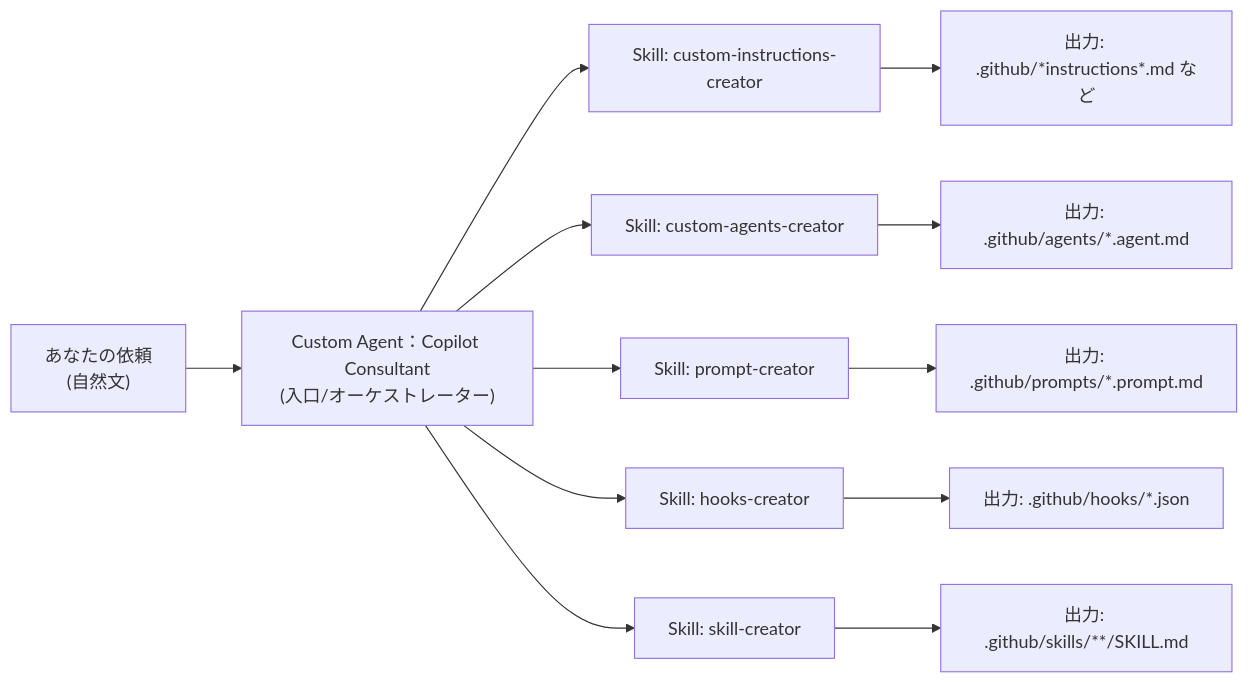
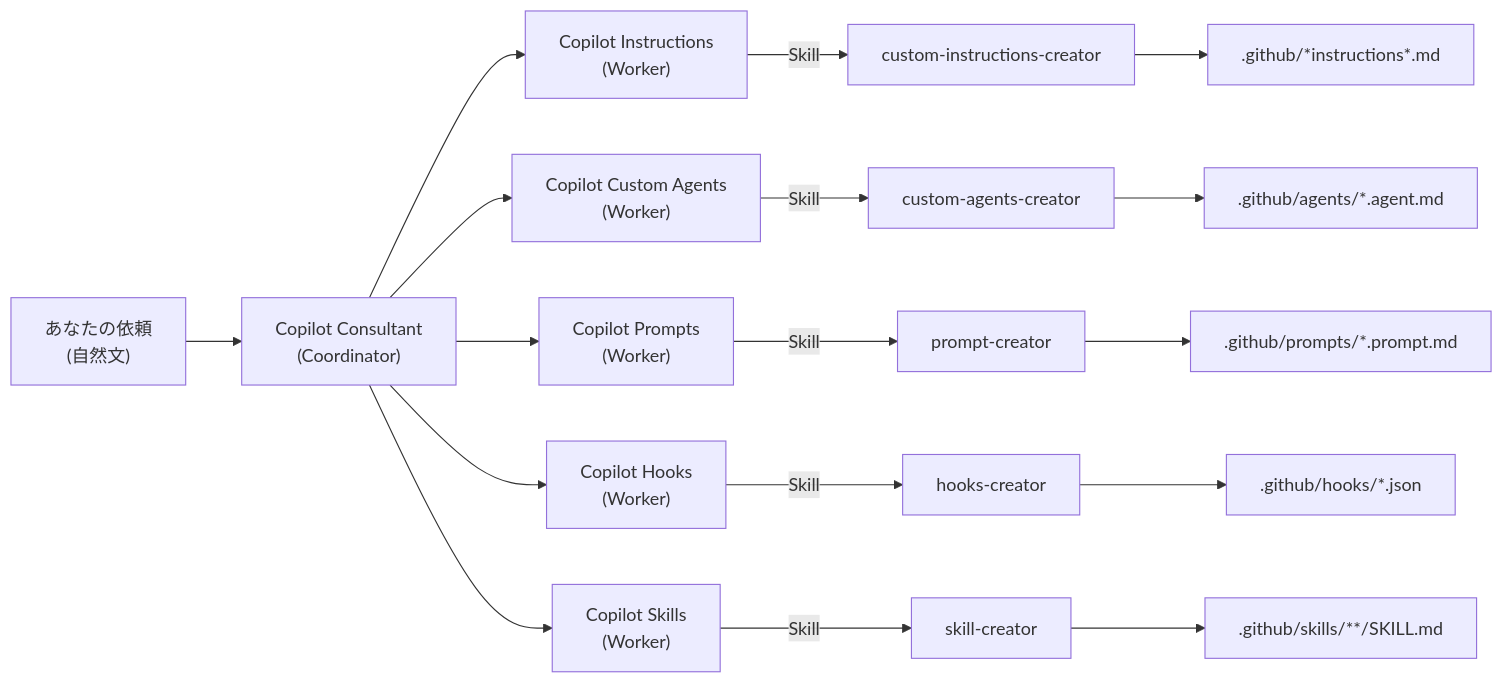
Before and after one commit to yuma-722/github-copilot-consultant: the diagram in README.md, drawn with Mermaid. The commit also changed other lines of this file, not shown here.

Commit message:
README.mdの内容を更新し、Copilot Consultantの役割とWorkerエージェントの関係を明確化

````diff
--- a/README.md
+++ b/README.md
@@ -8,16 +9,22 @@
 ```mermaid
 flowchart LR
-  U["あなたの依頼<br/>(自然文)"] --> A["Custom Agent：Copilot Consultant<br/>(入口/オーケストレーター)"]
+  U["あなたの依頼<br/>(自然文)"] --> C["Copilot Consultant<br/>(Coordinator)"]
 
-  A --> S1["Skill: custom-instructions-creator"]
-  A --> S2["Skill: custom-agents-creator"]
-  A --> S3["Skill: prompt-creator"]
-  A --> S4["Skill: hooks-creator"]
-  A --> S5["Skill: skill-creator"]
+  C --> W1["Copilot Instructions<br/>(Worker)"]
+  C --> W2["Copilot Custom Agents<br/>(Worker)"]
+  C --> W3["Copilot Prompts<br/>(Worker)"]
+  C --> W4["Copilot Hooks<br/>(Worker)"]
+  C --> W5["Copilot Skills<br/>(Worker)"]
 
-  S1 --> O1["出力: .github/*instructions*.md など"]
-  S2 --> O2["出力: .github/agents/*.agent.md"]
-  S3 --> O3["出力: .github/prompts/*.prompt.md"]
-  S4 --> O4["出力: .github/hooks/*.json"]
-  S5 --> O5["出力: .github/skills/**/SKILL.md"]
+  W1 -->|Skill| S1["custom-instructions-creator"]
+  W2 -->|Skill| S2["custom-agents-creator"]
+  W3 -->|Skill| S3["prompt-creator"]
+  W4 -->|Skill| S4["hooks-creator"]
+  W5 -->|Skill| S5["skill-creator"]
+
+  S1 --> O1[".github/*instructions*.md"]
+  S2 --> O2[".github/agents/*.agent.md"]
+  S3 --> O3[".github/prompts/*.prompt.md"]
+  S4 --> O4[".github/hooks/*.json"]
+  S5 --> O5[".github/skills/**/SKILL.md"]
 ```
````
